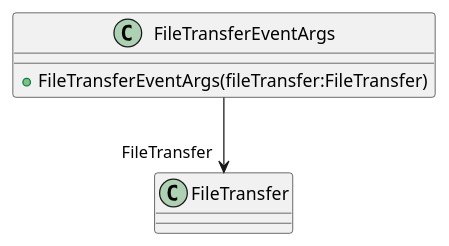
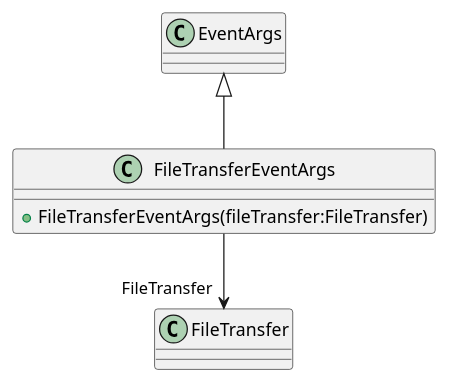
Before and after one commit to luca-weinert/chatApp: the diagram in ChatApp.Shared/puml/Events/FileTransferEventArgs.puml, drawn with PlantUML. The commit also changed 14 other files, not shown here.

```diff
--- a/ChatApp.Shared/puml/Events/FileTransferEventArgs.puml
+++ b/ChatApp.Shared/puml/Events/FileTransferEventArgs.puml
@@ -1,6 +1,7 @@
 @startuml
 class FileTransferEventArgs {
     + FileTransferEventArgs(fileTransfer:FileTransfer)
 }
+EventArgs <|-- FileTransferEventArgs
 FileTransferEventArgs --> "FileTransfer" FileTransfer
 @enduml
```
